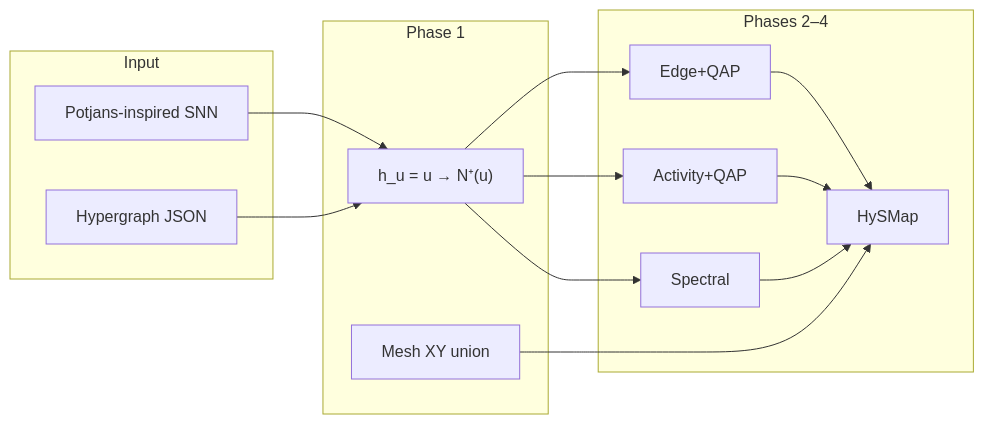
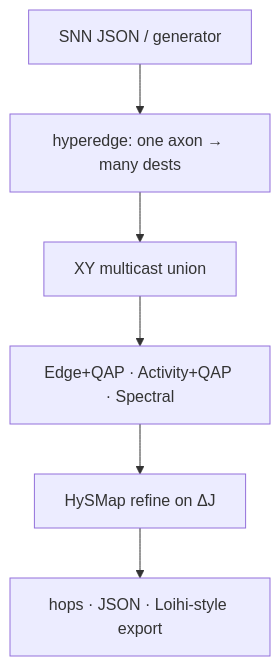
Before and after one commit to amineux/HySMap: the second of 2 diagrams in README.md, drawn with Mermaid. The commit also changed other lines of this file and 10 other files, not shown here.

````diff
--- a/README.md
+++ b/README.md
@@ -136,23 +96,8 @@
 ```mermaid
-flowchart LR
-  subgraph in [Input]
-    GEN[Potjans-inspired SNN]
-    JSON[Hypergraph JSON]
-  end
-  subgraph model [Phase 1]
-    H["h_u = u → N⁺(u)"]
-    M[Mesh XY union]
-  end
-  subgraph search [Phases 2–4]
-    EQ[Edge+QAP]
-    AQ[Activity+QAP]
-    SP[Spectral]
-    HY[HySMap]
-  end
-  GEN --> H
-  JSON --> H
-  H --> EQ --> HY
-  H --> AQ --> HY
-  H --> SP --> HY
-  M --> HY
+flowchart TB
+  JSON[SNN JSON / generator] --> H["hyperedge: one axon → many dests"]
+  H --> XY[XY multicast union]
+  XY --> SEED[Edge+QAP · Activity+QAP · Spectral]
+  SEED --> HY[HySMap refine on ΔJ]
+  HY --> OUT[hops · JSON · Loihi-style export]
 ```
````
